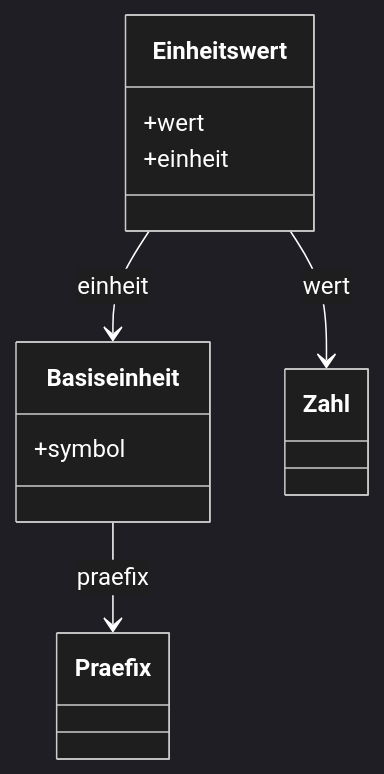
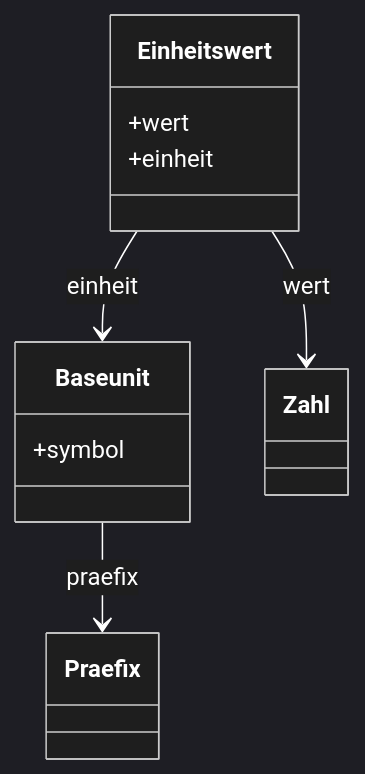
One commit to sfambach/wp-taxonomy-modeler changed diagram 15 of 50 in docs/NewConcept/10-domain-core.md. Above: the diagram before and after it, drawn with Mermaid. The commit also changed other lines of this file and 7 other files, not shown here.

````diff
--- a/docs/NewConcept/10-domain-core.md
+++ b/docs/NewConcept/10-domain-core.md
@@ -1299,24 +1299,24 @@
 ```mermaid
 ---
 config:
   theme: dark
   themeVariables:
     mainBkg: "#1e1e1e"
     background: "#1e1e1e"
     primaryColor: "#1e1e1e"
     classText: "#ffffff"
     textColor: "#ffffff"
     lineColor: "#ffffff"
 ---
 classDiagram
     class Einheitswert {
         +wert
         +einheit
     }
-    class Basiseinheit {
+    class Base unit {
         +symbol
     }
     Einheitswert --> Zahl : wert
-    Einheitswert --> Basiseinheit : einheit
-    Basiseinheit --> Praefix : praefix
+    Einheitswert --> Base unit : einheit
+    Base unit --> Praefix : praefix
 ```
````
